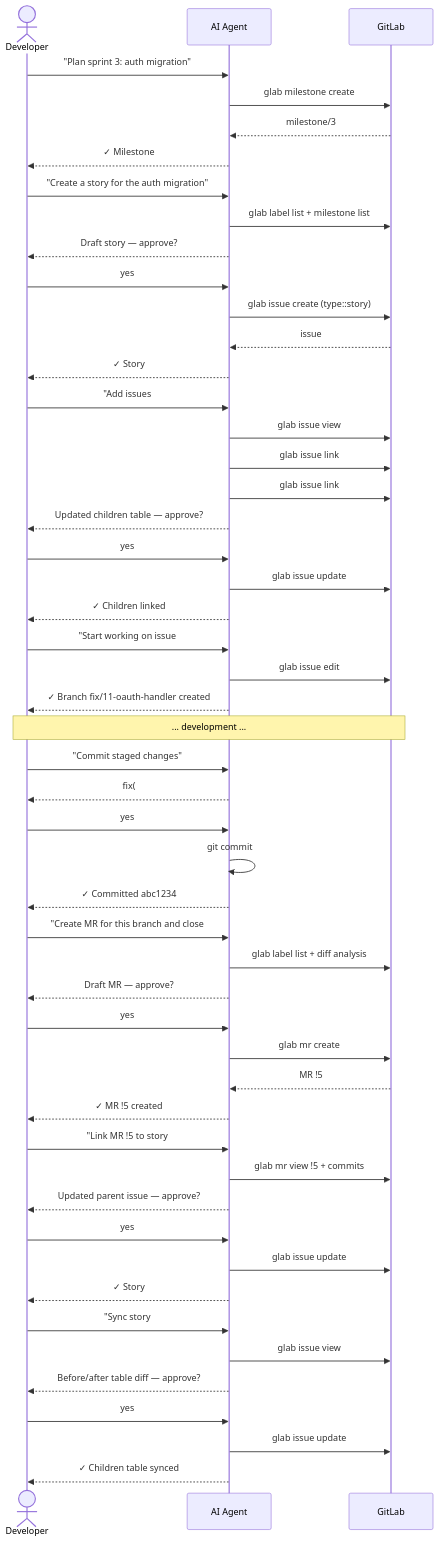
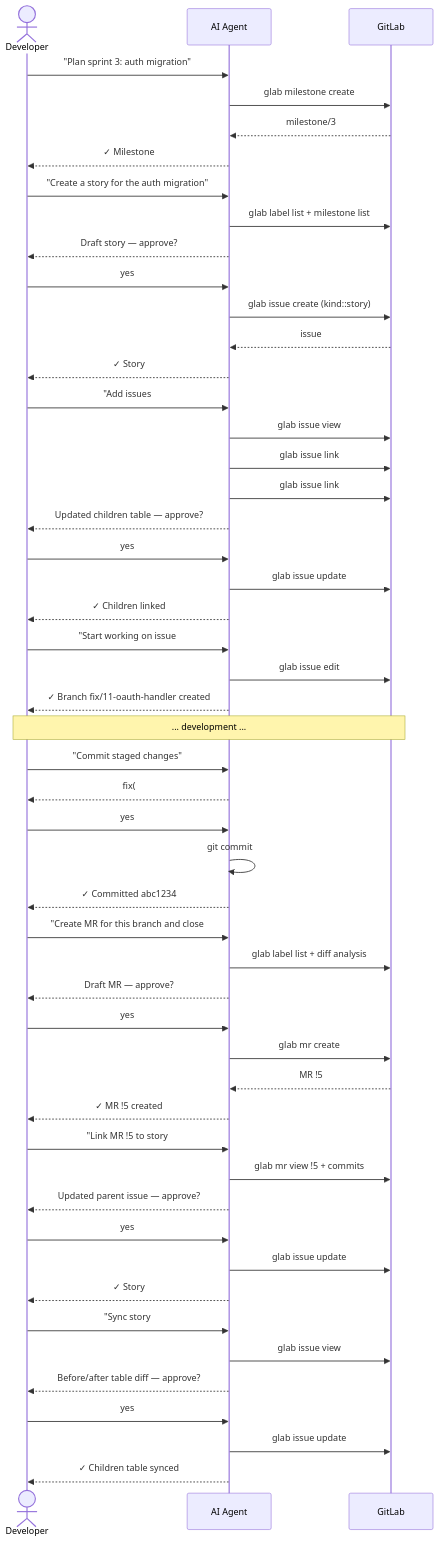
One commit to codeskine/gitlab-workflow changed the diagram in README.md. Above: the diagram before and after it, drawn with Mermaid. The commit also changed other lines of this file and 2 other files, not shown here.

First line of the commit message:
refactor(gitlab-story): use kind:: namespace for story/epic labels

````diff
--- a/README.md
+++ b/README.md
@@ -30,62 +30,62 @@
 ```mermaid
 sequenceDiagram
     actor Dev as Developer
     participant A as AI Agent
     participant GL as GitLab
 
     Dev->>A: "Plan sprint 3: auth migration"
     A->>GL: glab milestone create
     GL-->>A: milestone/3
     A-->>Dev: ✓ Milestone #3 created
 
     Dev->>A: "Create a story for the auth migration"
     A->>GL: glab label list + milestone list
     A-->>Dev: Draft story — approve?
     Dev->>A: yes
-    A->>GL: glab issue create (type::story)
+    A->>GL: glab issue create (kind::story)
     GL-->>A: issue #10
     A-->>Dev: ✓ Story #10 created
 
     Dev->>A: "Add issues #11 #12 as children of #10"
     A->>GL: glab issue view #11 / #12
     A->>GL: glab issue link #11 --target-id #10
     A->>GL: glab issue link #12 --target-id #10
     A-->>Dev: Updated children table — approve?
     Dev->>A: yes
     A->>GL: glab issue update #10
     A-->>Dev: ✓ Children linked
 
     Dev->>A: "Start working on issue #11"
     A->>GL: glab issue edit #11 (workflow::in dev)
     A-->>Dev: ✓ Branch fix/11-oauth-handler created
 
     Note over Dev,GL: ... development ...
 
     Dev->>A: "Commit staged changes"
     A-->>Dev: fix(#11): handle OAuth token expiry — approve?
     Dev->>A: yes
     A->>A: git commit
     A-->>Dev: ✓ Committed abc1234
 
     Dev->>A: "Create MR for this branch and close #11"
     A->>GL: glab label list + diff analysis
     A-->>Dev: Draft MR — approve?
     Dev->>A: yes
     A->>GL: glab mr create
     GL-->>A: MR !5
     A-->>Dev: ✓ MR !5 created
 
     Dev->>A: "Link MR !5 to story #10"
     A->>GL: glab mr view !5 + commits
     A-->>Dev: Updated parent issue — approve?
     Dev->>A: yes
     A->>GL: glab issue update #10
     A-->>Dev: ✓ Story #10 updated with MR reference
 
     Dev->>A: "Sync story #10 children status"
     A->>GL: glab issue view #11 + #12
     A-->>Dev: Before/after table diff — approve?
     Dev->>A: yes
     A->>GL: glab issue update #10
     A-->>Dev: ✓ Children table synced
 ```
````
